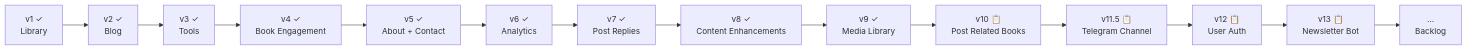
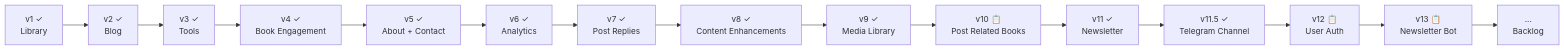
Before and after one commit to milad128/petfeature: the diagram in docs/product-spec.md, drawn with Mermaid. The commit also changed other lines of this file and 25 other files, not shown here.

````diff
--- a/docs/product-spec.md
+++ b/docs/product-spec.md
@@ -45,16 +45,17 @@
 ```mermaid
 flowchart LR
   v1["v1 ✓\nLibrary"] --> v2["v2 ✓\nBlog"]
   v2 --> v3["v3 ✓\nTools"]
   v3 --> v4["v4 ✓\nBook Engagement"]
   v4 --> v5["v5 ✓\nAbout + Contact"]
   v5 --> v6["v6 ✓\nAnalytics"]
   v6 --> v7["v7 ✓\nPost Replies"]
   v7 --> v8["v8 ✓\nContent Enhancements"]
   v8 --> v9["v9 ✓\nMedia Library"]
   v9 --> v10["v10 📋\nPost Related Books"]
-  v10 --> v11.5["v11.5 📋\nTelegram Channel"]
+  v10 --> v11["v11 ✓\nNewsletter"]
+  v11 --> v11.5["v11.5 ✓\nTelegram Channel"]
   v11.5 --> v12["v12 📋\nUser Auth"]
   v12 --> v13["v13 📋\nNewsletter Bot"]
   v13 --> vN["...\nBacklog"]
 ```
````
